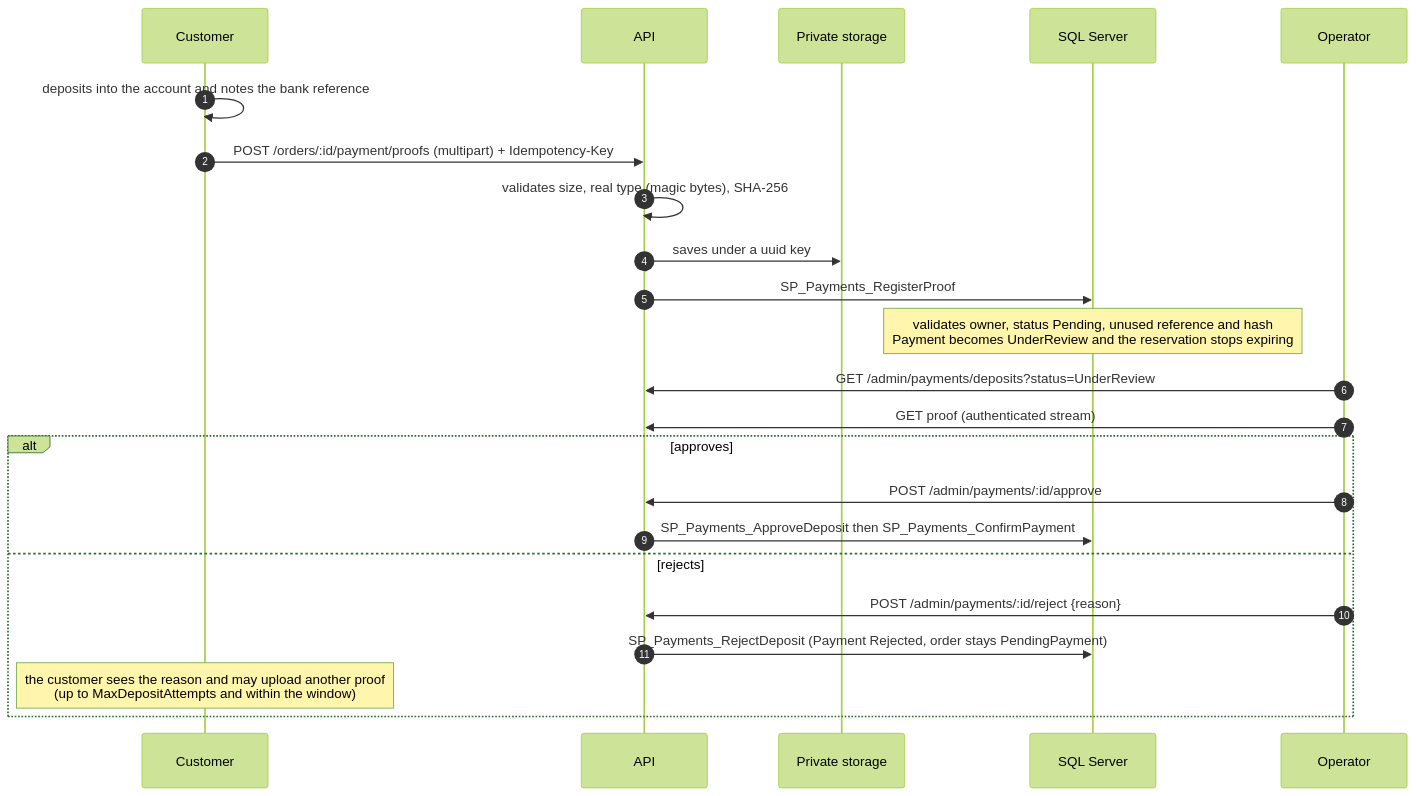
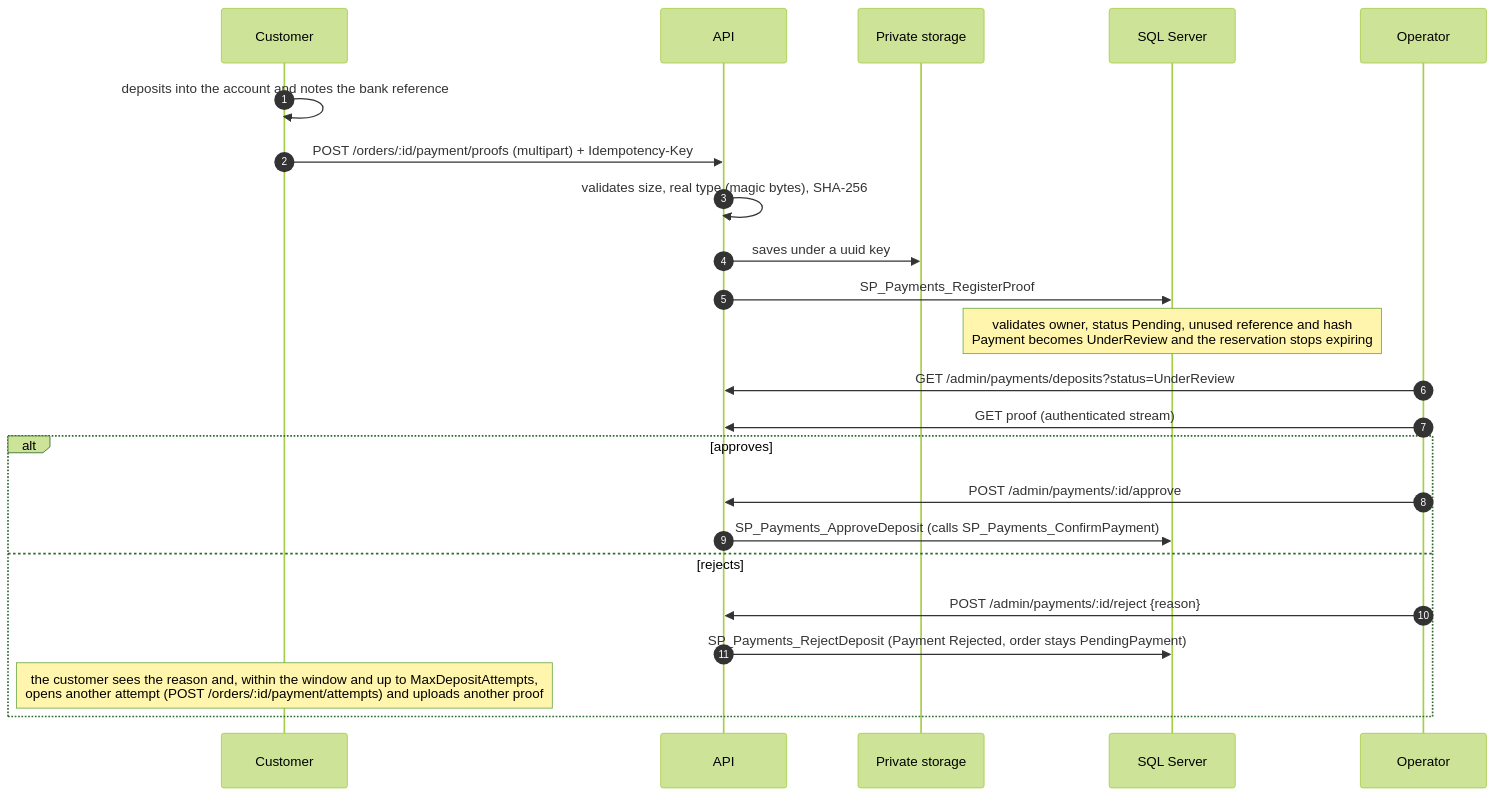
One commit to RedeArmy/bakery-shopcart-ecommerce changed the third of 4 diagrams in docs/architecture/02-hld.md. Above: the diagram before and after it, drawn with Mermaid (forest theme). The commit also changed other lines of this file and 28 other files, not shown here.

First line of the commit message:
docs: verify the delivery with Postman, align the architecture and rename the bakery (#42)

````diff
--- a/docs/architecture/02-hld.md
+++ b/docs/architecture/02-hld.md
@@ -62,25 +49,25 @@
 ```mermaid
 sequenceDiagram
   autonumber
   participant U as Customer
   participant API as API
   participant FS as Private storage
   participant DB as SQL Server
   participant O as Operator
   U->>U: deposits into the account and notes the bank reference
   U->>API: POST /orders/:id/payment/proofs (multipart) + Idempotency-Key
   API->>API: validates size, real type (magic bytes), SHA-256
   API->>FS: saves under a uuid key
   API->>DB: SP_Payments_RegisterProof
   Note over DB: validates owner, status Pending, unused reference and hash<br/>Payment becomes UnderReview and the reservation stops expiring
   O->>API: GET /admin/payments/deposits?status=UnderReview
   O->>API: GET proof (authenticated stream)
   alt approves
     O->>API: POST /admin/payments/:id/approve
-    API->>DB: SP_Payments_ApproveDeposit then SP_Payments_ConfirmPayment
+    API->>DB: SP_Payments_ApproveDeposit (calls SP_Payments_ConfirmPayment)
   else rejects
     O->>API: POST /admin/payments/:id/reject {reason}
     API->>DB: SP_Payments_RejectDeposit (Payment Rejected, order stays PendingPayment)
-    Note over U: the customer sees the reason and may upload another proof<br/>(up to MaxDepositAttempts and within the window)
+    Note over U: the customer sees the reason and, within the window and up to MaxDepositAttempts,<br/>opens another attempt (POST /orders/:id/payment/attempts) and uploads another proof
   end
 ```
````
